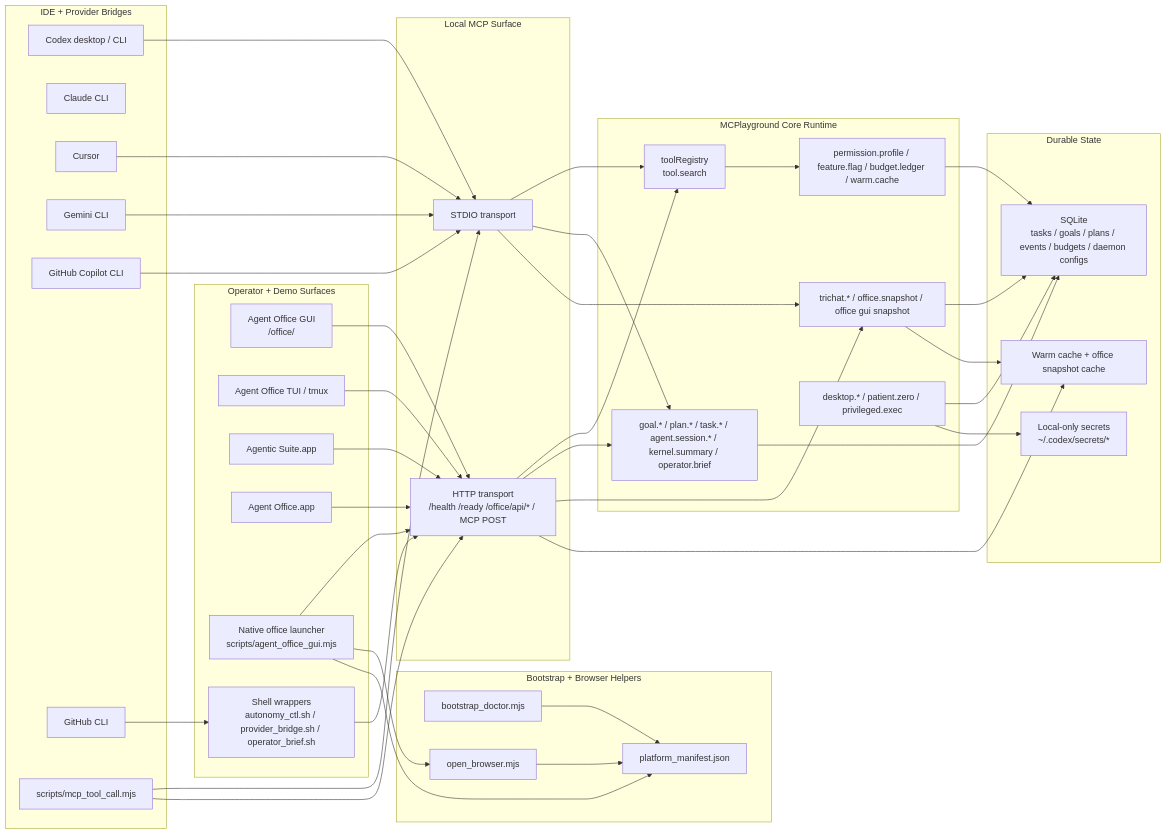
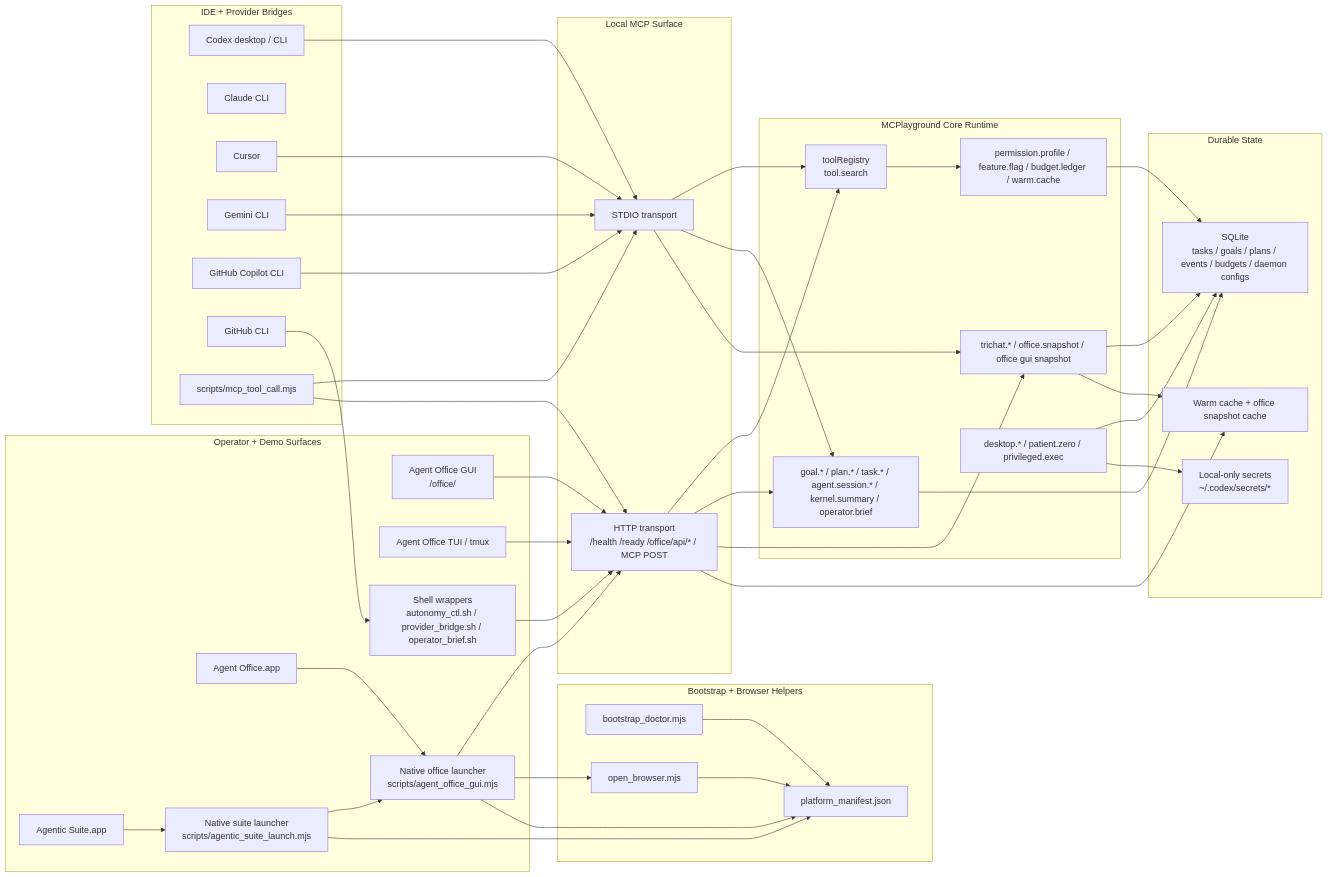
The first of 6 diagrams in docs/SYSTEM_INTERCONNECTS.md (driverd12/MASTER-MOLD), drawn with Mermaid before and after one commit. The commit also changed other lines of this file and 12 other files, not shown here.

Commit message:
Add cross-platform agentic suite launcher readiness

```diff
--- a/docs/SYSTEM_INTERCONNECTS.md
+++ b/docs/SYSTEM_INTERCONNECTS.md
@@ -14,6 +14,7 @@
     Suite["Agentic Suite.app"]
     App["Agent Office.app"]
     Launcher["Native office launcher<br/>scripts/agent_office_gui.mjs"]
+    SuiteLauncher["Native suite launcher<br/>scripts/agentic_suite_launch.mjs"]
     CLI["Shell wrappers<br/>autonomy_ctl.sh / provider_bridge.sh / operator_brief.sh"]
   end
 
@@ -54,11 +55,13 @@
 
   GUI --> HTTP
   TUI --> HTTP
-  Suite --> HTTP
-  App --> HTTP
+  Suite --> SuiteLauncher
+  App --> Launcher
   Launcher --> HTTP
   Launcher --> BrowserOpen
   Launcher --> Manifest
+  SuiteLauncher --> Launcher
+  SuiteLauncher --> Manifest
   CLI --> HTTP
   Doctor --> Manifest
   BrowserOpen --> Manifest
```
